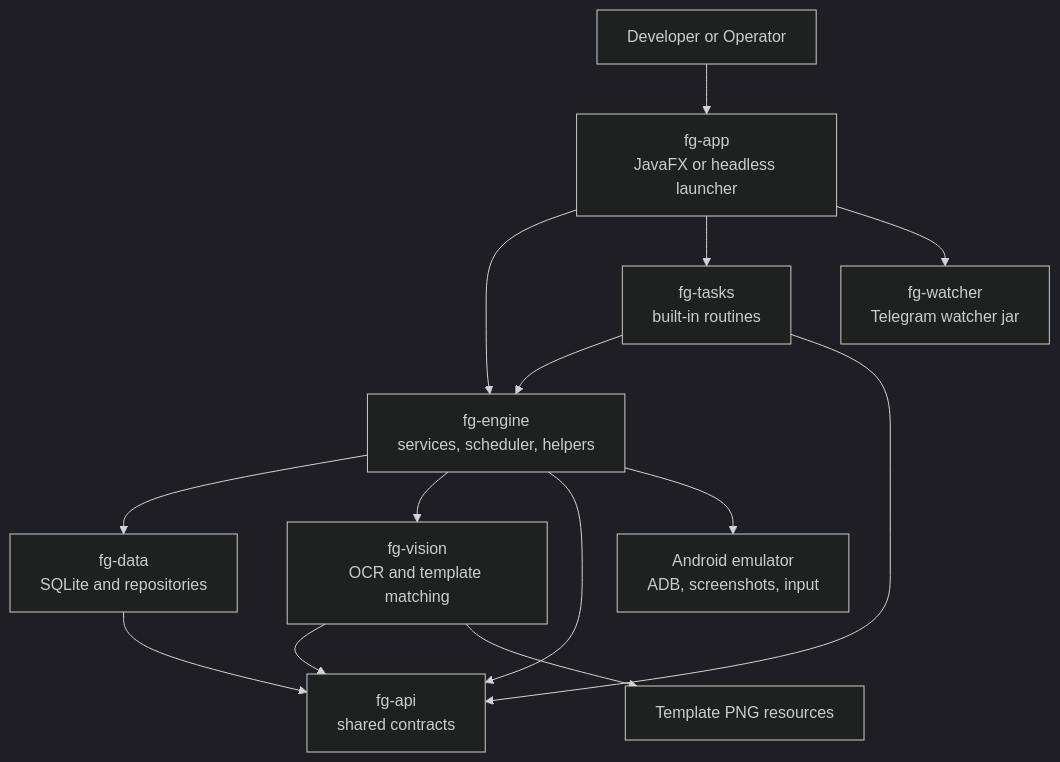
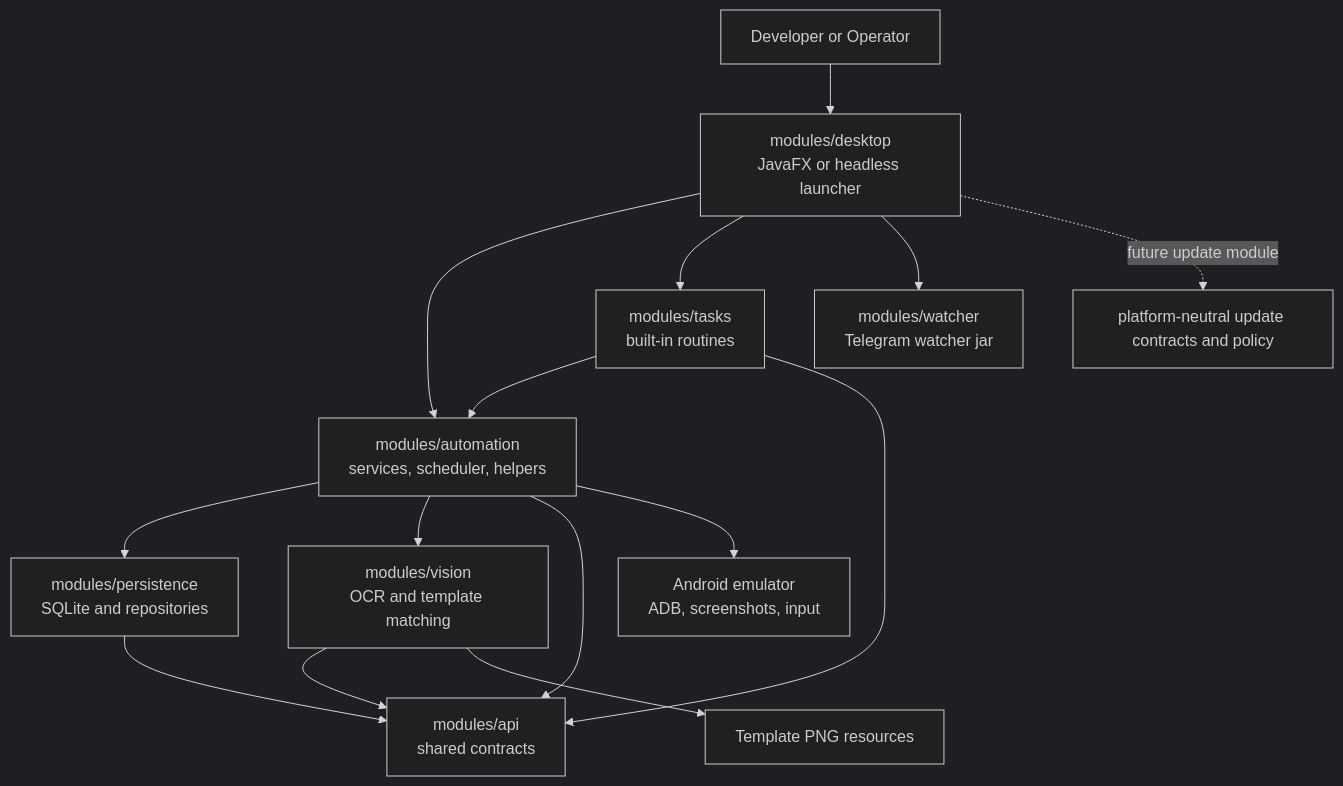
One commit to Shederator/wosbot changed the first of 4 diagrams in docs/architecture.md. Above: the diagram before and after it, drawn with Mermaid (dark theme). The commit also changed other lines of this file and 951 other files, not shown here.

````diff
--- a/docs/architecture.md
+++ b/docs/architecture.md
@@ -7,18 +7,19 @@
 ```mermaid
 flowchart TD
-    User[Developer or Operator] --> App[fg-app<br/>JavaFX or headless launcher]
-    App --> Engine[fg-engine<br/>services, scheduler, helpers]
-    App --> Tasks[fg-tasks<br/>built-in routines]
-    App --> Watcher[fg-watcher<br/>Telegram watcher jar]
+    User[Developer or Operator] --> App[modules/desktop<br/>JavaFX or headless launcher]
+    App --> Engine[modules/automation<br/>services, scheduler, helpers]
+    App --> Tasks[modules/tasks<br/>built-in routines]
+    App --> Watcher[modules/watcher<br/>Telegram watcher jar]
+    App -. future update module .-> Update[platform-neutral update contracts and policy]
 
-    Engine --> Data[fg-data<br/>SQLite and repositories]
-    Engine --> Vision[fg-vision<br/>OCR and template matching]
-    Engine --> Api[fg-api<br/>shared contracts]
+    Engine --> Data[modules/persistence<br/>SQLite and repositories]
+    Engine --> Vision[modules/vision<br/>OCR and template matching]
+    Engine --> Api[modules/api<br/>shared contracts]
     Tasks --> Engine
     Tasks --> Api
     Vision --> Api
     Data --> Api
 
     Engine --> Android[Android emulator<br/>ADB, screenshots, input]
     Vision --> Templates[Template PNG resources]
 ```
````
